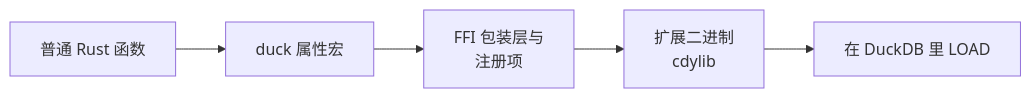
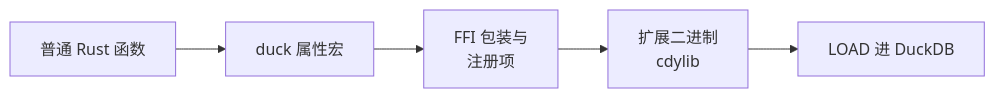
The diagram in docs/i18n/zh-Hans/docusaurus-plugin-content-docs/current/guide/functions.md (shijianjs/duckfn-statrs), drawn with Mermaid before and after one commit. The commit also changed other lines of this file and 35 other files, not shown here.

````diff
--- a/docs/i18n/zh-Hans/docusaurus-plugin-content-docs/current/guide/functions.md
+++ b/docs/i18n/zh-Hans/docusaurus-plugin-content-docs/current/guide/functions.md
@@ -14,7 +14,7 @@
 ```mermaid
 flowchart LR
     fn["普通 Rust 函数"] --> macro["duck 属性宏"]
-    macro --> wrapper["FFI 包装层与<br/>注册项"]
+    macro --> wrapper["FFI 包装与<br/>注册项"]
     wrapper --> cdylib["扩展二进制<br/>cdylib"]
-    cdylib --> load["在 DuckDB 里 LOAD"]
+    cdylib --> load["LOAD 进 DuckDB"]
 ```
````
